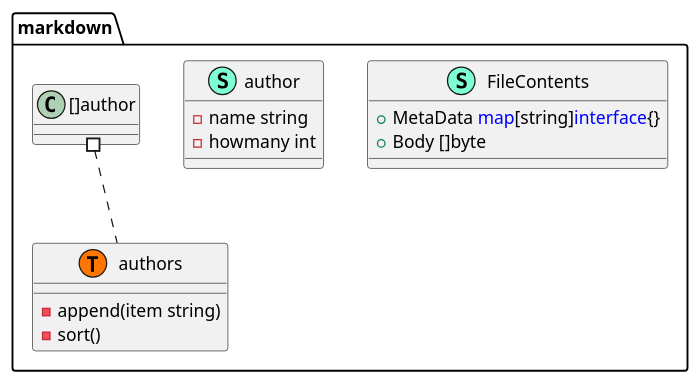
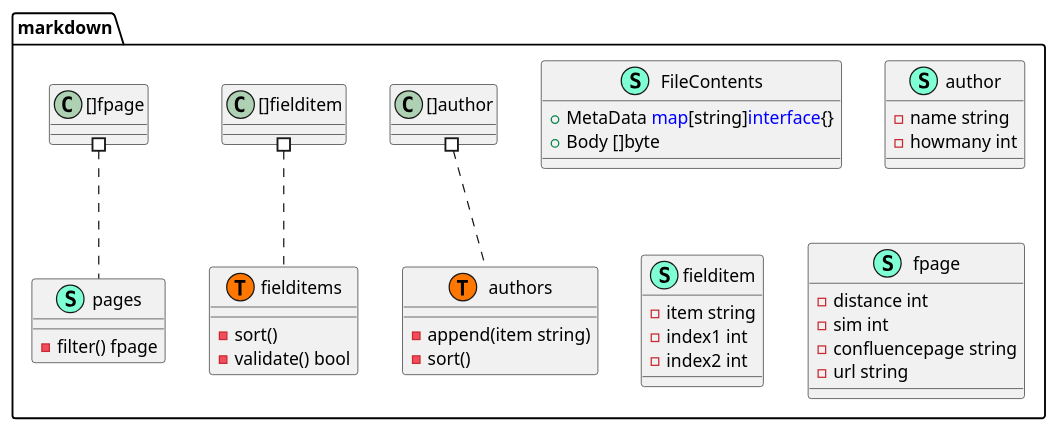
One commit to xiatechs/markdown-to-confluence changed the diagram in markdown/markdown-markdown-to-confluence-markdown-to-confluence-pumldiagram.puml. Above: the diagram before and after it, drawn with PlantUML. The commit also changed 9 other files, not shown here.

```diff
--- a/markdown/markdown-markdown-to-confluence-markdown-to-confluence-pumldiagram.puml
+++ b/markdown/markdown-markdown-to-confluence-markdown-to-confluence-pumldiagram.puml
@@ -1,24 +1,52 @@
 @startuml
 namespace markdown {
     class FileContents << (S,Aquamarine) >> {
         + MetaData <font color=blue>map</font>[string]<font color=blue>interface</font>{}
         + Body []byte
 
     }
     class author << (S,Aquamarine) >> {
         - name string
         - howmany int
 
     }
     class authors << (S,Aquamarine) >> {
         - append(item string) 
         - sort() 
 
     }
+    class fielditem << (S,Aquamarine) >> {
+        - item string
+        - index1 int
+        - index2 int
+
+    }
+    class fielditems << (S,Aquamarine) >> {
+        - sort() 
+        - validate() bool
+
+    }
+    class fpage << (S,Aquamarine) >> {
+        - distance int
+        - sim int
+        - confluencepage string
+        - url string
+
+    }
     class markdown.authors << (T, #FF7700) >>  {
+    }
+    class markdown.fielditems << (T, #FF7700) >>  {
+    }
+    class markdown.pages << (T, #FF7700) >>  {
+    }
+    class pages << (S,Aquamarine) >> {
+        - filter() fpage
+
     }
 }
 
 
 "markdown.[]author" #.. "markdown.authors"
+"markdown.[]fielditem" #.. "markdown.fielditems"
+"markdown.[]fpage" #.. "markdown.pages"
 @enduml
```
